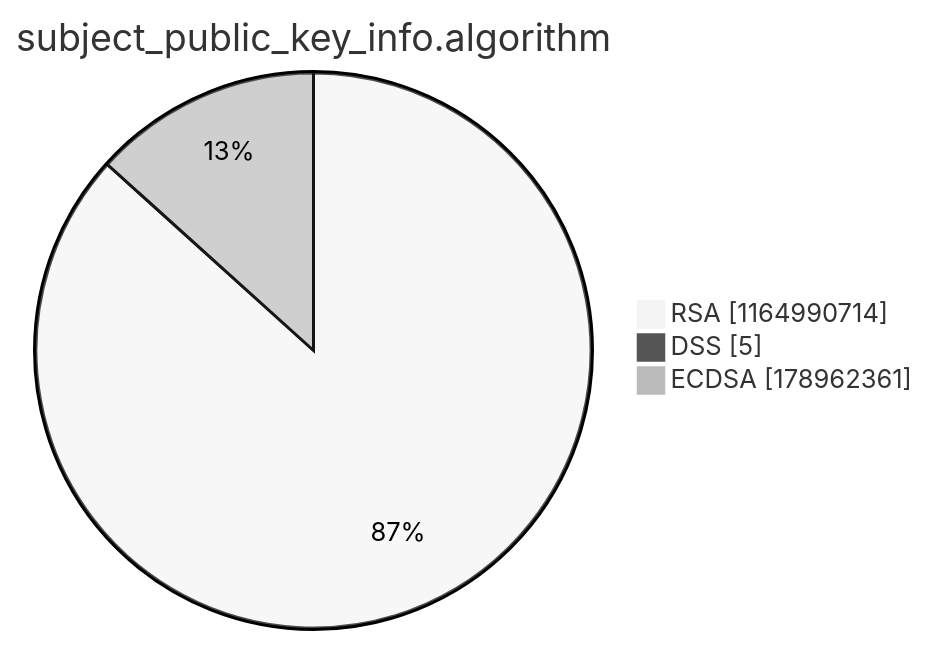
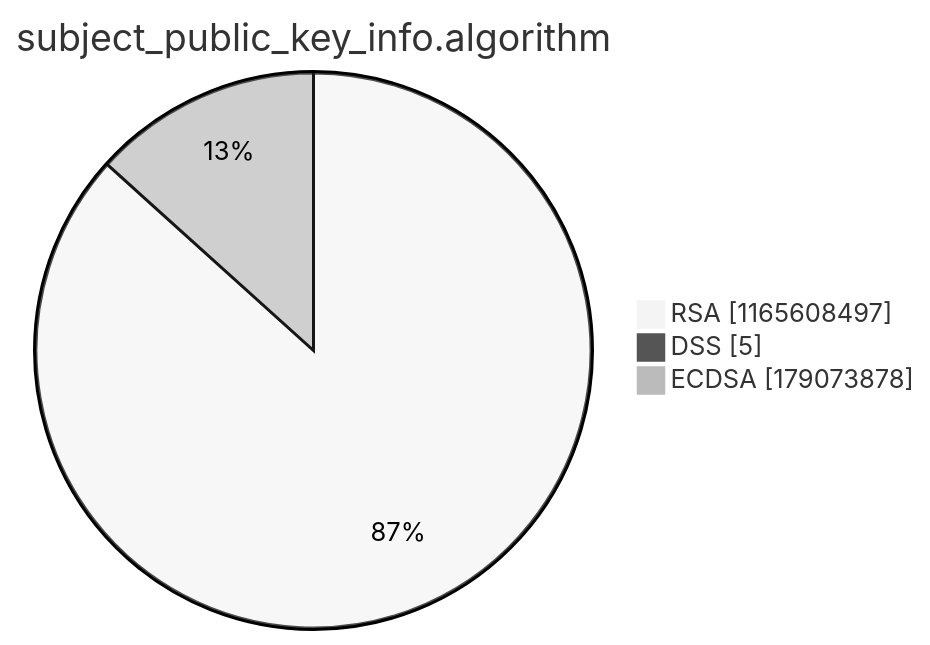
The third of 15 diagrams in argon2022/README.md (christiankrug/ctmonitor_visualization), drawn with Mermaid (neutral theme) before and after one commit. The commit also changed other lines of this file, not shown here.

````diff
--- a/argon2022/README.md
+++ b/argon2022/README.md
@@ -14,7 +14,7 @@
 ```mermaid
 pie showData
 title subject_public_key_info.algorithm
-"RSA" :1164990714
+"RSA" :1165608497
 "DSS" :5
-"ECDSA" :178962361
+"ECDSA" :179073878
 ```
````
